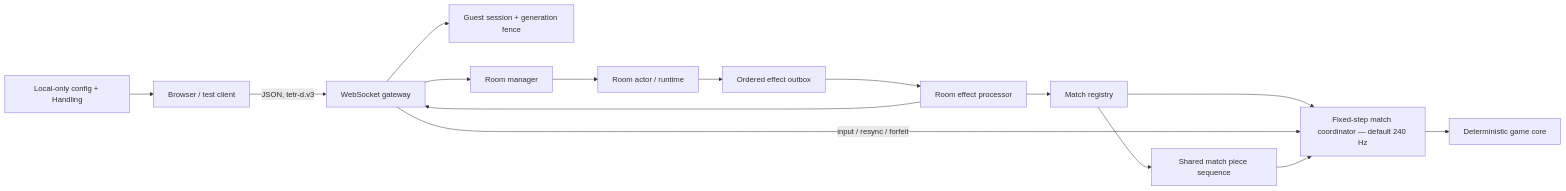
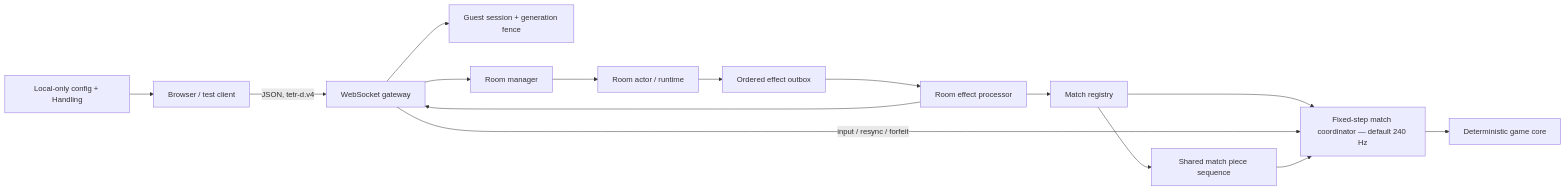
One commit to KeatsLi2010/tetr-d changed the diagram in docs/architecture.md. Above: the diagram before and after it, drawn with Mermaid. The commit also changed other lines of this file and 74 other files, not shown here.

````diff
--- a/docs/architecture.md
+++ b/docs/architecture.md
@@ -11,17 +11,17 @@
 ```mermaid
 flowchart LR
-  Client["Browser / test client"] -->|"JSON, tetr-d.v3"| Gateway["WebSocket gateway"]
+  Client["Browser / test client"] -->|"JSON, tetr-d.v4"| Gateway["WebSocket gateway"]
   Config["Local-only config + Handling"] --> Client
   Gateway --> Session["Guest session + generation fence"]
   Gateway --> RoomManager["Room manager"]
   RoomManager --> Actor["Room actor / runtime"]
   Actor --> Outbox["Ordered effect outbox"]
   Outbox --> Effects["Room effect processor"]
   Effects --> Registry["Match registry"]
   Registry --> Sequence["Shared match piece sequence"]
   Effects --> Gateway
   Registry --> Match["Fixed-step match coordinator — default 240 Hz"]
   Gateway -->|"input / resync / forfeit"| Match
   Sequence --> Match
   Match --> Core["Deterministic game core"]
 ```
````
